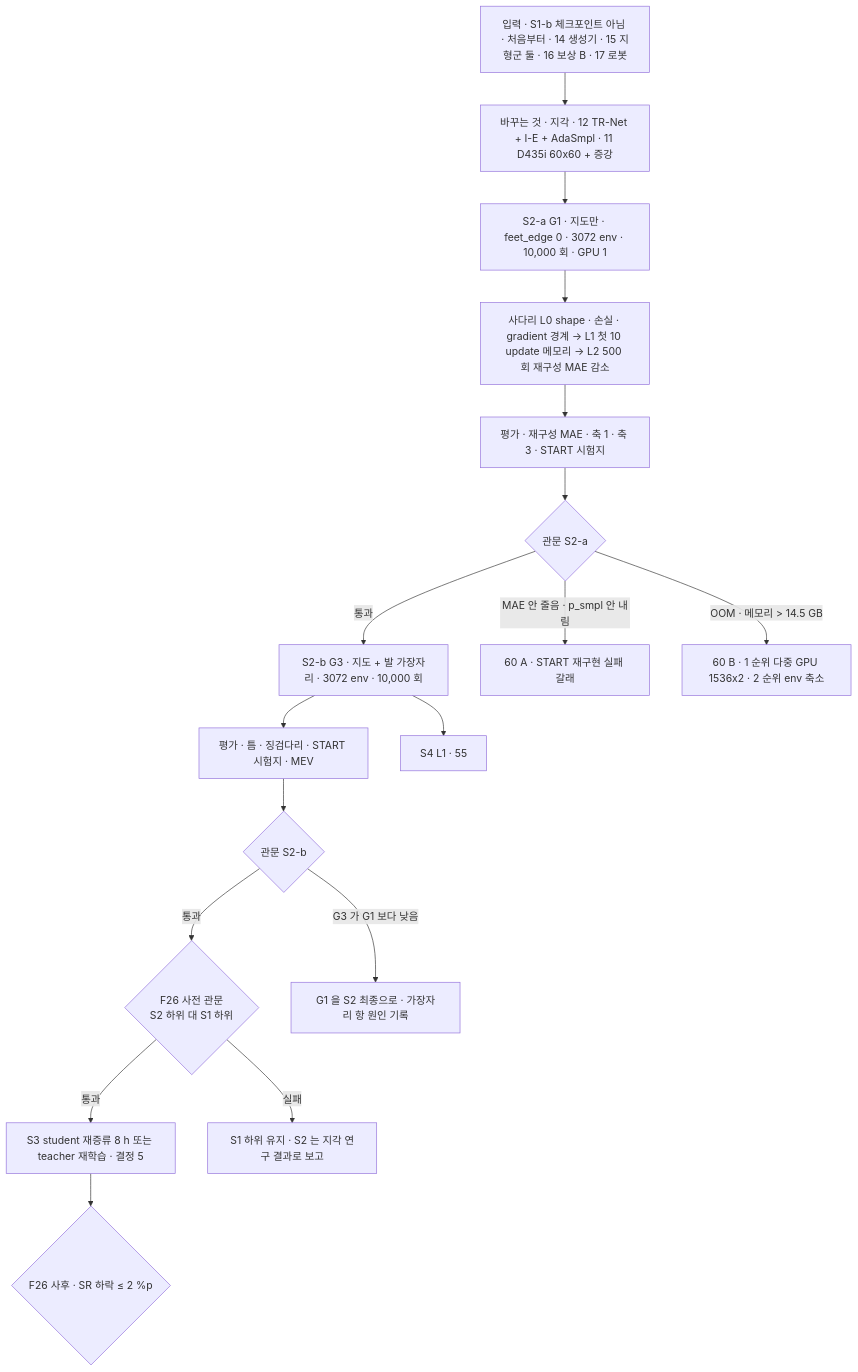
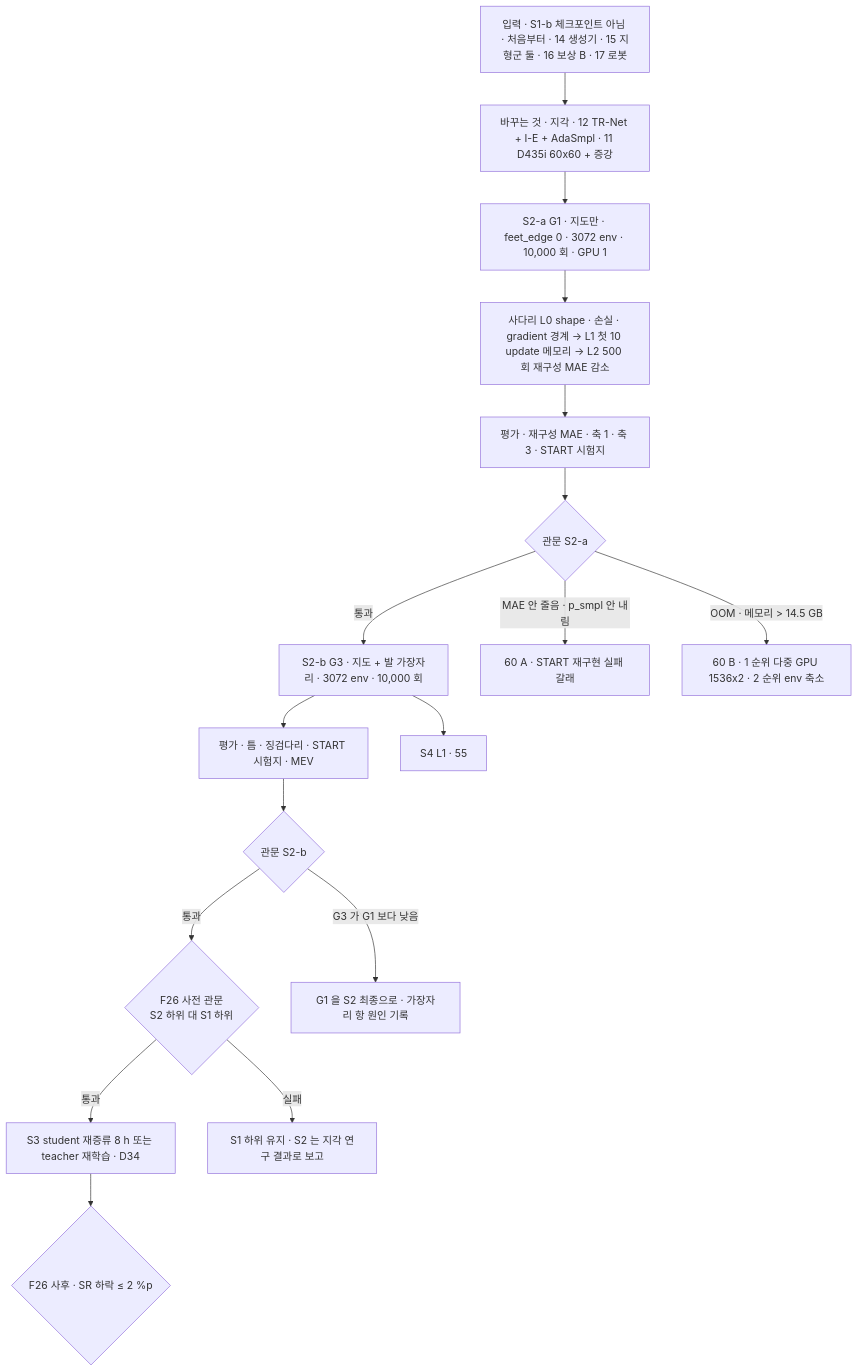
Before and after one commit to foothold-project/foothold-lab: the diagram in inbox/jay/20261019-design/53-S2-PERCEPTION.md, drawn with Mermaid. The commit also changed other lines of this file and 23 other files, not shown here.

````diff
--- a/inbox/jay/20261019-design/53-S2-PERCEPTION.md
+++ b/inbox/jay/20261019-design/53-S2-PERCEPTION.md
@@ -15,19 +15,19 @@
 ```mermaid
 flowchart TB
   IN[입력 · S1-b 체크포인트 아님 · 처음부터 · 14 생성기 · 15 지형군 둘 · 16 보상 B · 17 로봇] --> CH[바꾸는 것 · 지각 · 12 TR-Net + I-E + AdaSmpl · 11 D435i 60x60 + 증강]
   CH --> G1[S2-a G1 · 지도만 · feet_edge 0 · 3072 env · 10,000 회 · GPU 1]
   G1 --> L1[사다리 L0 shape · 손실 · gradient 경계 → L1 첫 10 update 메모리 → L2 500 회 재구성 MAE 감소]
   L1 --> E1[평가 · 재구성 MAE · 축 1 · 축 3 · START 시험지]
   E1 --> GA{관문 S2-a}
   GA -->|통과| G3[S2-b G3 · 지도 + 발 가장자리 · 3072 env · 10,000 회]
   GA -->|MAE 안 줄음 · p_smpl 안 내림| A[60 A · START 재구현 실패 갈래]
   GA -->|OOM · 메모리 > 14.5 GB| B[60 B · 1 순위 다중 GPU 1536x2 · 2 순위 env 축소]
   G3 --> E3[평가 · 틈 · 징검다리 · START 시험지 · MEV]
   E3 --> GB{관문 S2-b}
   GB -->|통과| F26{F26 사전 관문<br/>S2 하위 대 S1 하위}
   GB -->|G3 가 G1 보다 낮음| K[G1 을 S2 최종으로 · 가장자리 항 원인 기록]
-  F26 -->|통과| RD[S3 student 재증류 8 h 또는 teacher 재학습 · 결정 5]
+  F26 -->|통과| RD[S3 student 재증류 8 h 또는 teacher 재학습 · D34]
   F26 -->|실패| KEEP[S1 하위 유지 · S2 는 지각 연구 결과로 보고]
   RD --> F26b{F26 사후 · SR 하락 ≤ 2 %p}
   G3 --> S4[S4 L1 · 55]
 ```
````
